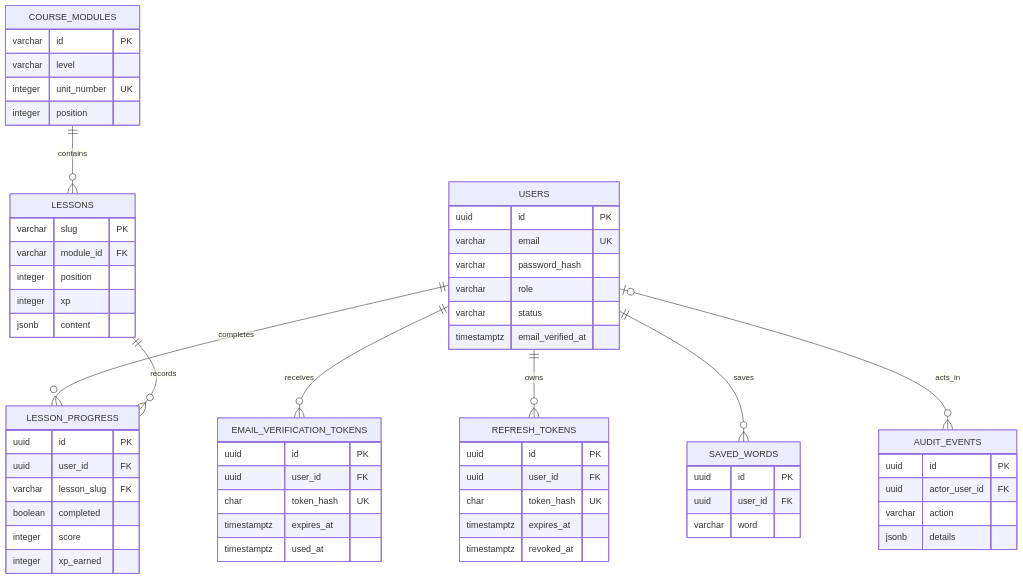
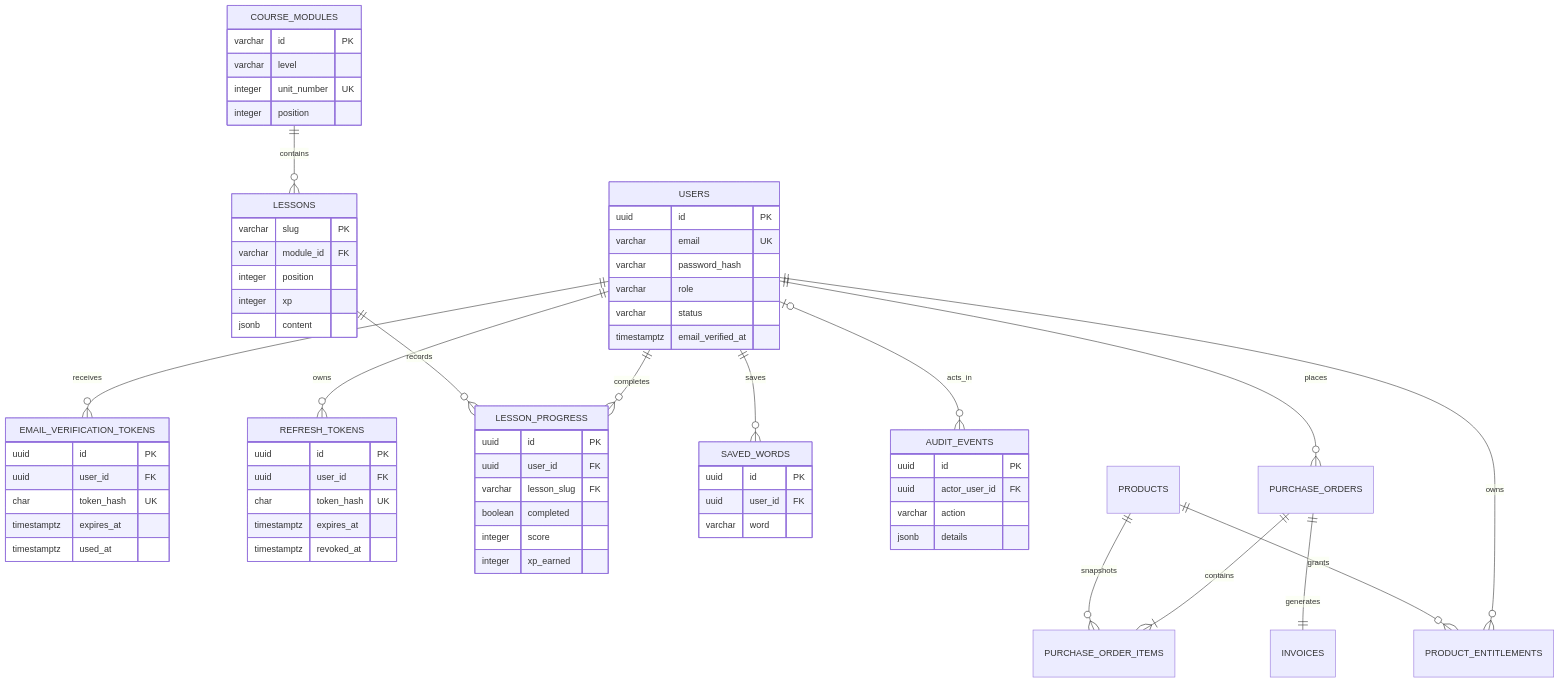
Before and after one commit to Kourosh-MD/enacademy-learning: the tenth of 14 diagrams in docs/system-guide.md, drawn with Mermaid. The commit also changed other lines of this file and 31 other files, not shown here.

```diff
--- a/docs/system-guide.md
+++ b/docs/system-guide.md
@@ -420,65 +447,71 @@
 ~~~mermaid
 erDiagram
     USERS ||--o{ EMAIL_VERIFICATION_TOKENS : receives
     USERS ||--o{ REFRESH_TOKENS : owns
     USERS ||--o{ LESSON_PROGRESS : completes
     USERS ||--o{ SAVED_WORDS : saves
     USERS o|--o{ AUDIT_EVENTS : acts_in
+    USERS ||--o{ PURCHASE_ORDERS : places
+    PURCHASE_ORDERS ||--|{ PURCHASE_ORDER_ITEMS : contains
+    PURCHASE_ORDERS ||--|| INVOICES : generates
+    USERS ||--o{ PRODUCT_ENTITLEMENTS : owns
+    PRODUCTS ||--o{ PURCHASE_ORDER_ITEMS : snapshots
+    PRODUCTS ||--o{ PRODUCT_ENTITLEMENTS : grants
     COURSE_MODULES ||--o{ LESSONS : contains
     LESSONS ||--o{ LESSON_PROGRESS : records
 
     USERS {
         uuid id PK
         varchar email UK
         varchar password_hash
         varchar role
         varchar status
         timestamptz email_verified_at
     }
     EMAIL_VERIFICATION_TOKENS {
         uuid id PK
         uuid user_id FK
         char token_hash UK
         timestamptz expires_at
         timestamptz used_at
     }
     REFRESH_TOKENS {
         uuid id PK
         uuid user_id FK
         char token_hash UK
         timestamptz expires_at
         timestamptz revoked_at
     }
     COURSE_MODULES {
         varchar id PK
         varchar level
         integer unit_number UK
         integer position
     }
     LESSONS {
         varchar slug PK
         varchar module_id FK
         integer position
         integer xp
         jsonb content
     }
     LESSON_PROGRESS {
         uuid id PK
         uuid user_id FK
         varchar lesson_slug FK
         boolean completed
         integer score
         integer xp_earned
     }
     SAVED_WORDS {
         uuid id PK
         uuid user_id FK
         varchar word
     }
     AUDIT_EVENTS {
         uuid id PK
         uuid actor_user_id FK
         varchar action
         jsonb details
     }
 ~~~
```
